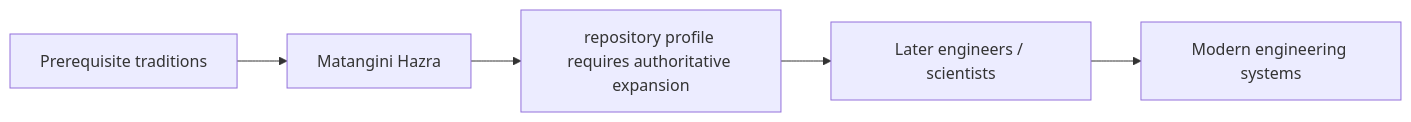
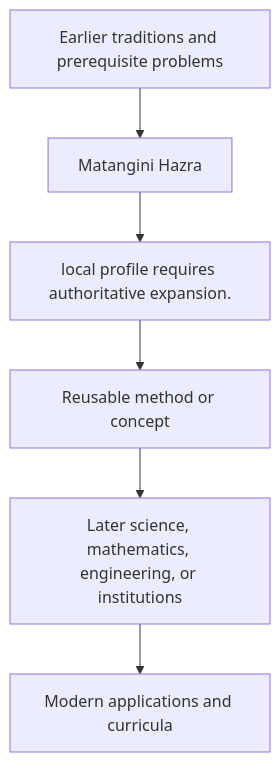
One commit to via-decide/ViaLogic changed the diagram in docs/history/matangini-hazra/influence.md. Above: the diagram before and after it, drawn with Mermaid. The commit also changed other lines of this file and 858 other files, not shown here.

````diff
--- a/docs/history/matangini-hazra/influence.md
+++ b/docs/history/matangini-hazra/influence.md
@@ -29,7 +16,8 @@
 ```mermaid
-graph LR
-  prerequisites["Prerequisite traditions"] --> current["Matangini Hazra"]
-  current --> contribution["repository profile requires authoritative expansion"]
-  contribution --> successors["Later engineers / scientists"]
-  successors --> modern["Modern engineering systems"]
+graph TD
+  Prior[Earlier traditions and prerequisite problems] --> Person[Matangini Hazra]
+  Person --> Contribution[local profile requires authoritative expansion.]
+  Contribution --> Method[Reusable method or concept]
+  Method --> Later[Later science, mathematics, engineering, or institutions]
+  Later --> Modern[Modern applications and curricula]
 ```
````
